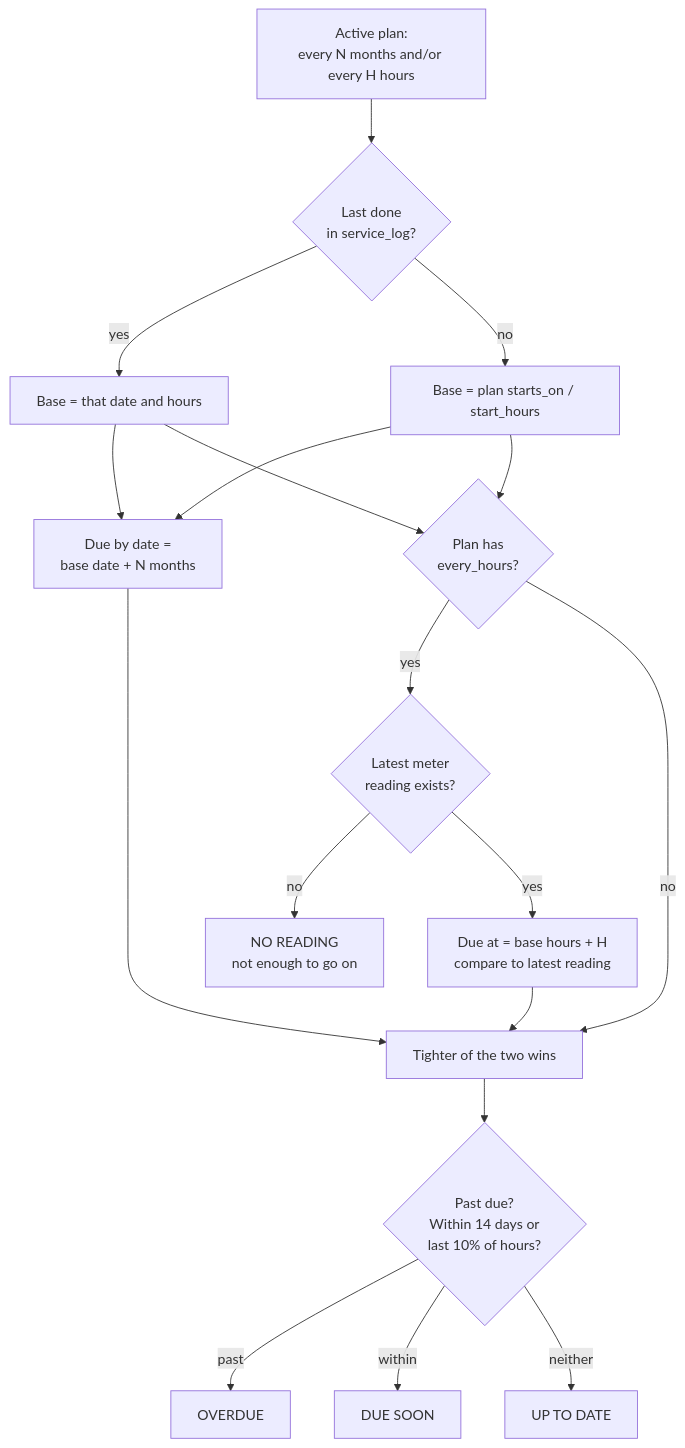
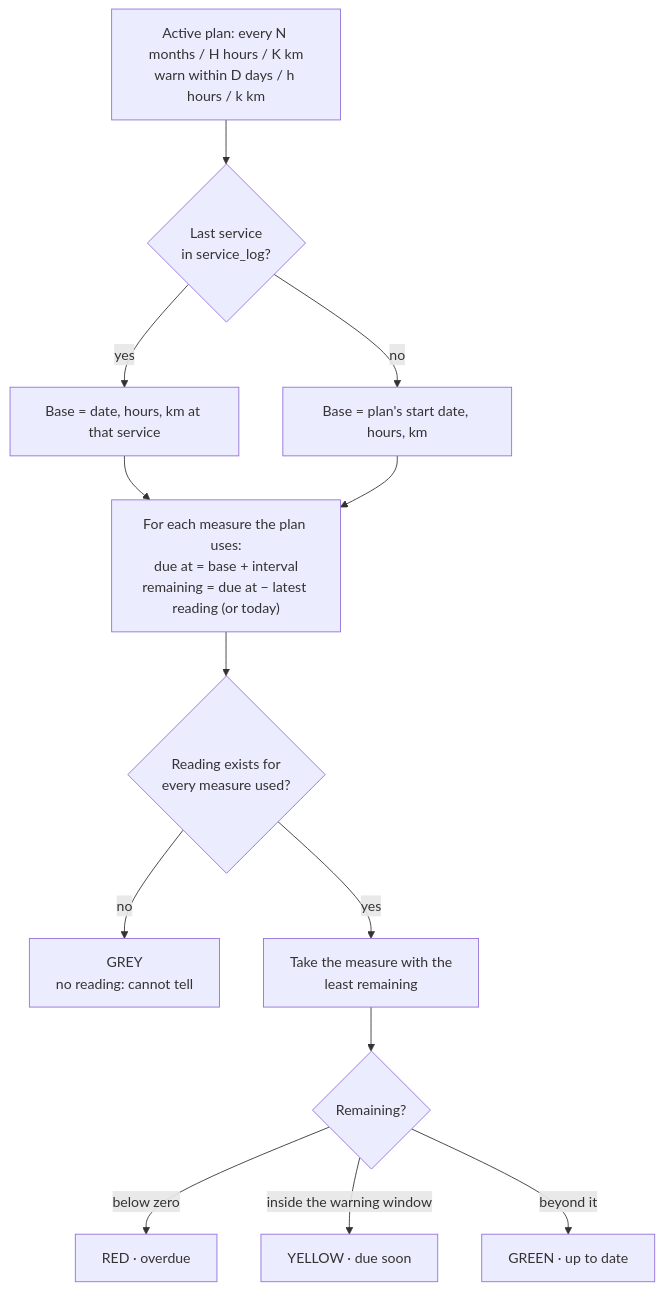
Diagram 11 of 13 in workshop-v2/docs/01-flow-and-architecture.md (shyamal22/rck-workshop), drawn with Mermaid before and after one commit. The commit also changed other lines of this file, not shown here.

````diff
--- a/workshop-v2/docs/01-flow-and-architecture.md
+++ b/workshop-v2/docs/01-flow-and-architecture.md
@@ -646,20 +727,15 @@
 ```mermaid
 flowchart TD
-  plan[Active plan:<br/>every N months and/or every H hours] --> last{Last done<br/>in service_log?}
-  last -- yes --> base[Base = that date and hours]
-  last -- no --> base0[Base = plan starts_on / start_hours]
-  base --> bydate[Due by date =<br/>base date + N months]
-  base0 --> bydate
-  base --> byhours{Plan has<br/>every_hours?}
-  base0 --> byhours
-  byhours -- yes --> reading{Latest meter<br/>reading exists?}
-  reading -- no --> unknown[NO READING<br/>not enough to go on]
-  reading -- yes --> hrs[Due at = base hours + H<br/>compare to latest reading]
-  byhours -- no --> pick
-  bydate --> pick[Tighter of the two wins]
-  hrs --> pick
-  pick --> state{Past due?<br/>Within 14 days or<br/>last 10% of hours?}
-  state -- past --> overdue[OVERDUE]
-  state -- within --> soon[DUE SOON]
-  state -- neither --> ok[UP TO DATE]
+  plan["Active plan: every N months / H hours / K km<br/>warn within D days / h hours / k km"] --> last{"Last service<br/>in service_log?"}
+  last -- yes --> base["Base = date, hours, km at that service"]
+  last -- no --> base0["Base = plan's start date, hours, km"]
+  base --> each
+  base0 --> each["For each measure the plan uses:<br/>due at = base + interval<br/>remaining = due at − latest reading (or today)"]
+  each --> reading{"Reading exists for<br/>every measure used?"}
+  reading -- no --> grey["GREY<br/>no reading: cannot tell"]
+  reading -- yes --> pick["Take the measure with the<br/>least remaining"]
+  pick --> state{"Remaining?"}
+  state -- "below zero" --> red["RED · overdue"]
+  state -- "inside the warning window" --> yellow["YELLOW · due soon"]
+  state -- "beyond it" --> green["GREEN · up to date"]
 ```
````
